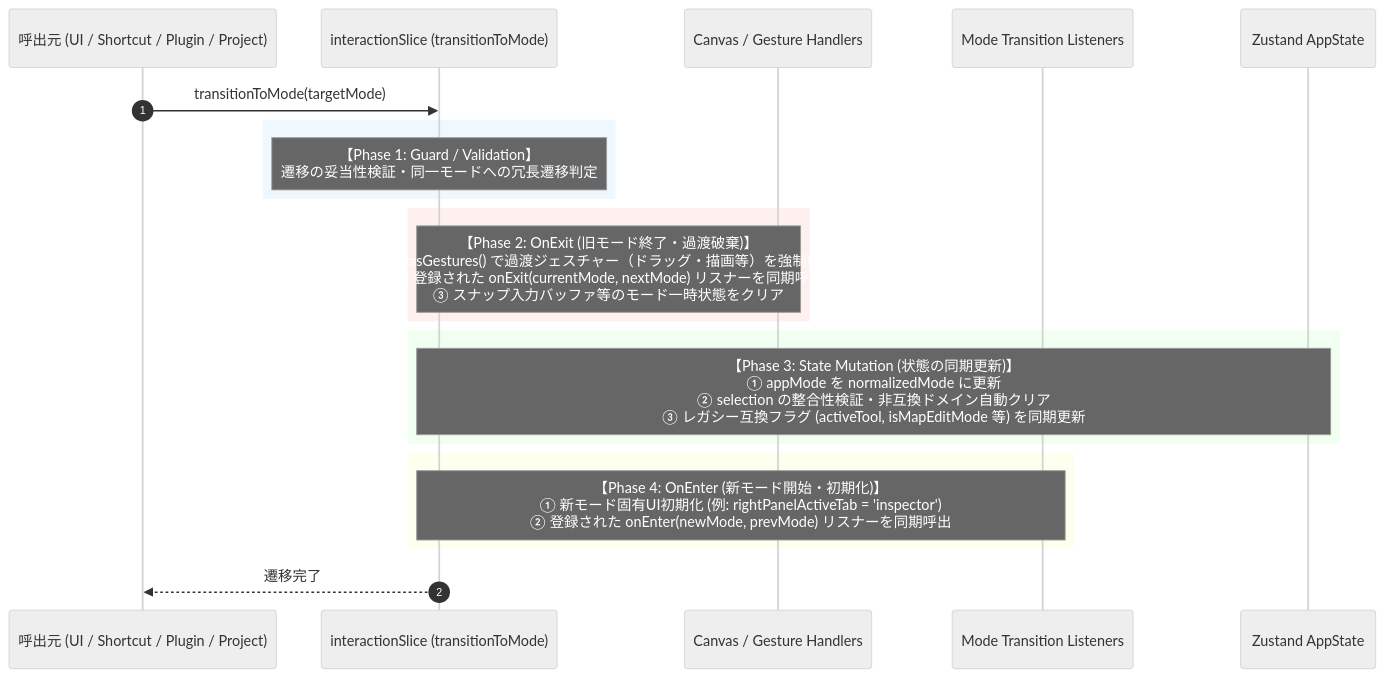
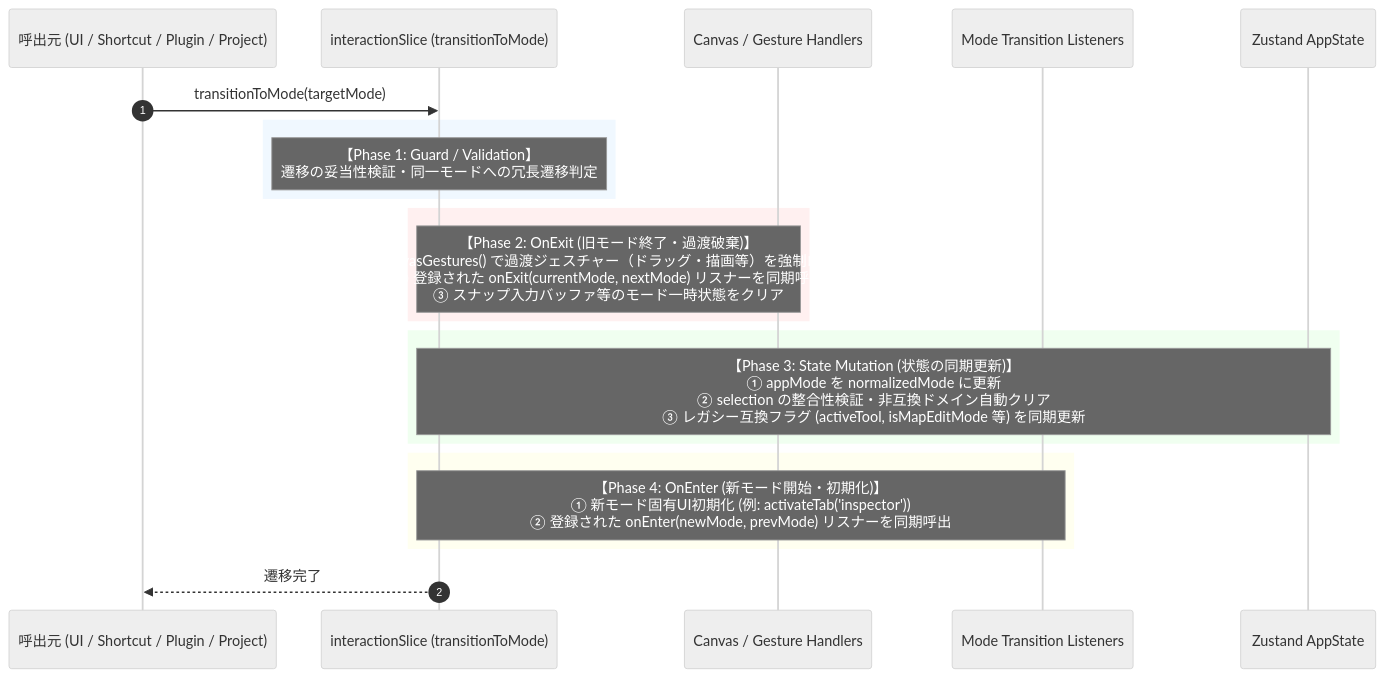
One commit to Chu-son/waypoint-tool changed the second of 9 diagrams in docs/STATE_MACHINE.md. Above: the diagram before and after it, drawn with Mermaid (neutral theme). The commit also changed other lines of this file and 6 other files, not shown here.

````diff
--- a/docs/STATE_MACHINE.md
+++ b/docs/STATE_MACHINE.md
@@ -202,29 +202,29 @@
 ```mermaid
 sequenceDiagram
     autonumber
     participant Caller as 呼出元 (UI / Shortcut / Plugin / Project)
     participant Store as interactionSlice (transitionToMode)
     participant Handlers as Canvas / Gesture Handlers
     participant Listeners as Mode Transition Listeners
     participant State as Zustand AppState
 
     Caller->>Store: transitionToMode(targetMode)
     
     rect rgb(240, 248, 255)
     note over Store: 【Phase 1: Guard / Validation】<br>遷移の妥当性検証・同一モードへの冗長遷移判定
     end
 
     rect rgb(255, 240, 240)
     note over Store,Handlers: 【Phase 2: OnExit (旧モード終了・過渡破棄)】<br>① abortCanvasGestures() で過渡ジェスチャー（ドラッグ・描画等）を強制ロールバック<br>② 登録された onExit(currentMode, nextMode) リスナーを同期呼出<br>③ スナップ入力バッファ等のモード一時状態をクリア
     end
 
     rect rgb(240, 255, 240)
     note over Store,State: 【Phase 3: State Mutation (状態の同期更新)】<br>① appMode を normalizedMode に更新<br>② selection の整合性検証・非互換ドメイン自動クリア<br>③ レガシー互換フラグ (activeTool, isMapEditMode 等) を同期更新
     end
 
     rect rgb(255, 255, 240)
-    note over Store,Listeners: 【Phase 4: OnEnter (新モード開始・初期化)】<br>① 新モード固有UI初期化 (例: rightPanelActiveTab = 'inspector')<br>② 登録された onEnter(newMode, prevMode) リスナーを同期呼出
+    note over Store,Listeners: 【Phase 4: OnEnter (新モード開始・初期化)】<br>① 新モード固有UI初期化 (例: activateTab('inspector'))<br>② 登録された onEnter(newMode, prevMode) リスナーを同期呼出
     end
 
     Store-->>Caller: 遷移完了
 ```
````
